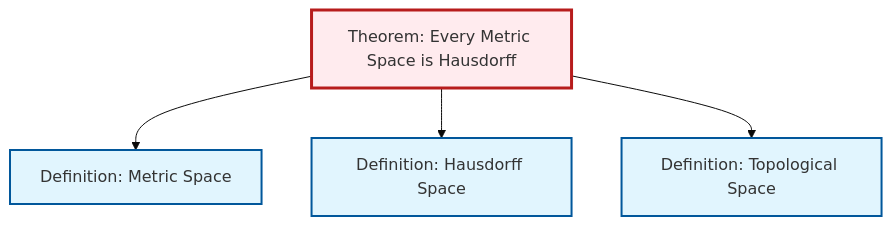
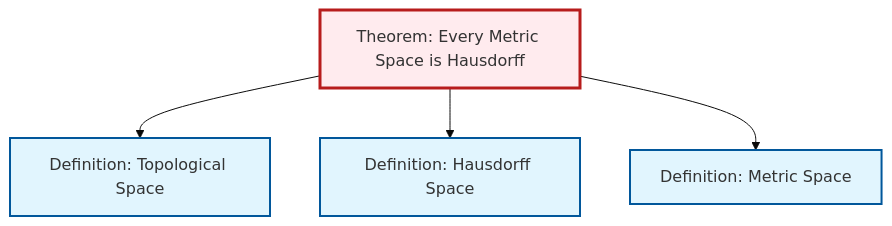
The diagram in content/en/topology/thm-metric-hausdorff.qmd (RK0429/ModernMath), drawn with Mermaid (base theme) before and after one commit. The commit also changed other lines of this file and 634 other files, not shown here.

````diff
--- a/content/en/topology/thm-metric-hausdorff.qmd
+++ b/content/en/topology/thm-metric-hausdorff.qmd
@@ -62,20 +62,20 @@
 ```{mermaid}
 %%| fig-cap: "Local dependency graph"
 graph TD
     classDef definition fill:#e1f5fe,stroke:#01579b,stroke-width:2px
     classDef theorem fill:#f3e5f5,stroke:#4a148c,stroke-width:2px
     classDef axiom fill:#fff3e0,stroke:#e65100,stroke-width:2px
     classDef example fill:#e8f5e9,stroke:#1b5e20,stroke-width:2px
     classDef current fill:#ffebee,stroke:#b71c1c,stroke-width:3px
-    def-topological-space["Definition: Topological Space"]:::definition
     thm-metric-hausdorff["Theorem: Every Metric Space is Hausdorff"]:::theorem
     def-metric-space["Definition: Metric Space"]:::definition
+    def-topological-space["Definition: Topological Space"]:::definition
     def-hausdorff["Definition: Hausdorff Space"]:::definition
+    thm-metric-hausdorff --> def-topological-space
+    thm-metric-hausdorff --> def-hausdorff
     thm-metric-hausdorff --> def-metric-space
-    thm-metric-hausdorff --> def-hausdorff
-    thm-metric-hausdorff --> def-topological-space
     class thm-metric-hausdorff current
+    click def-metric-space "def-metric-space.html" "Go to Metric Space definition"
     click def-topological-space "def-topological-space.html" "Go to Topological Space definition"
-    click def-metric-space "def-metric-space.html" "Go to Metric Space definition"
     click def-hausdorff "def-hausdorff.html" "Go to Hausdorff Space definition"
 ```
````
